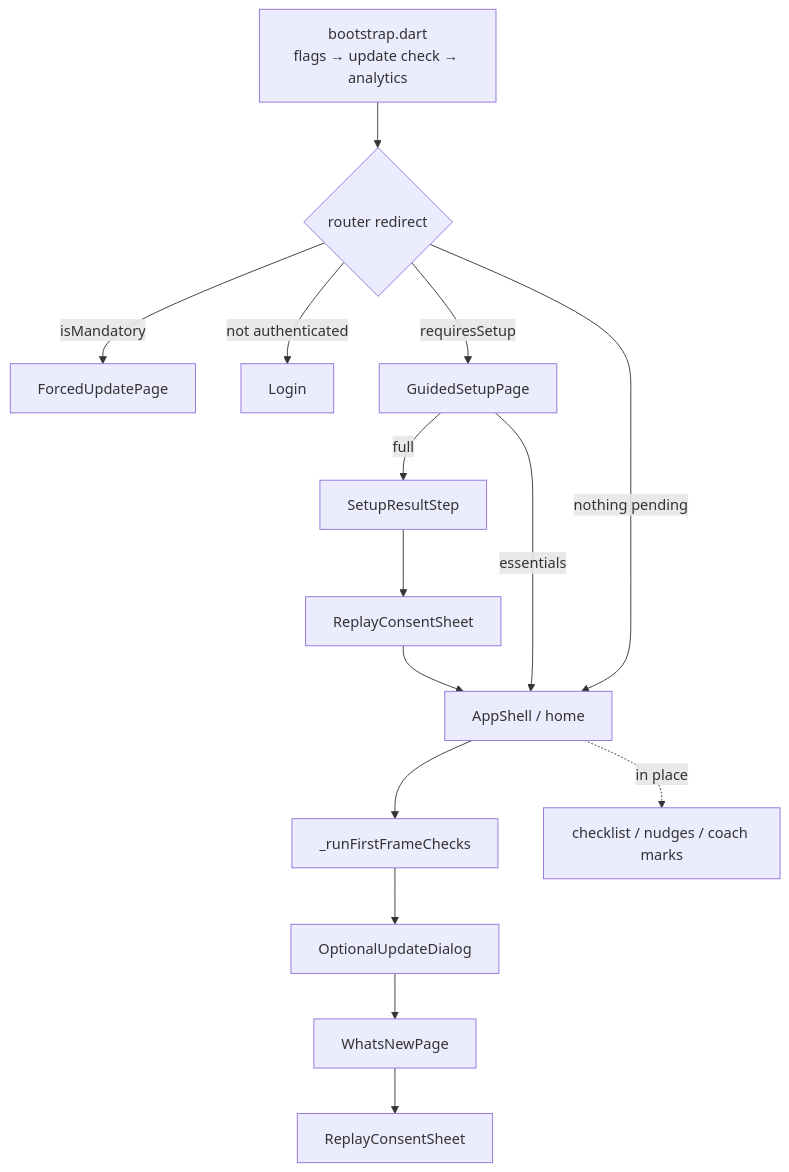
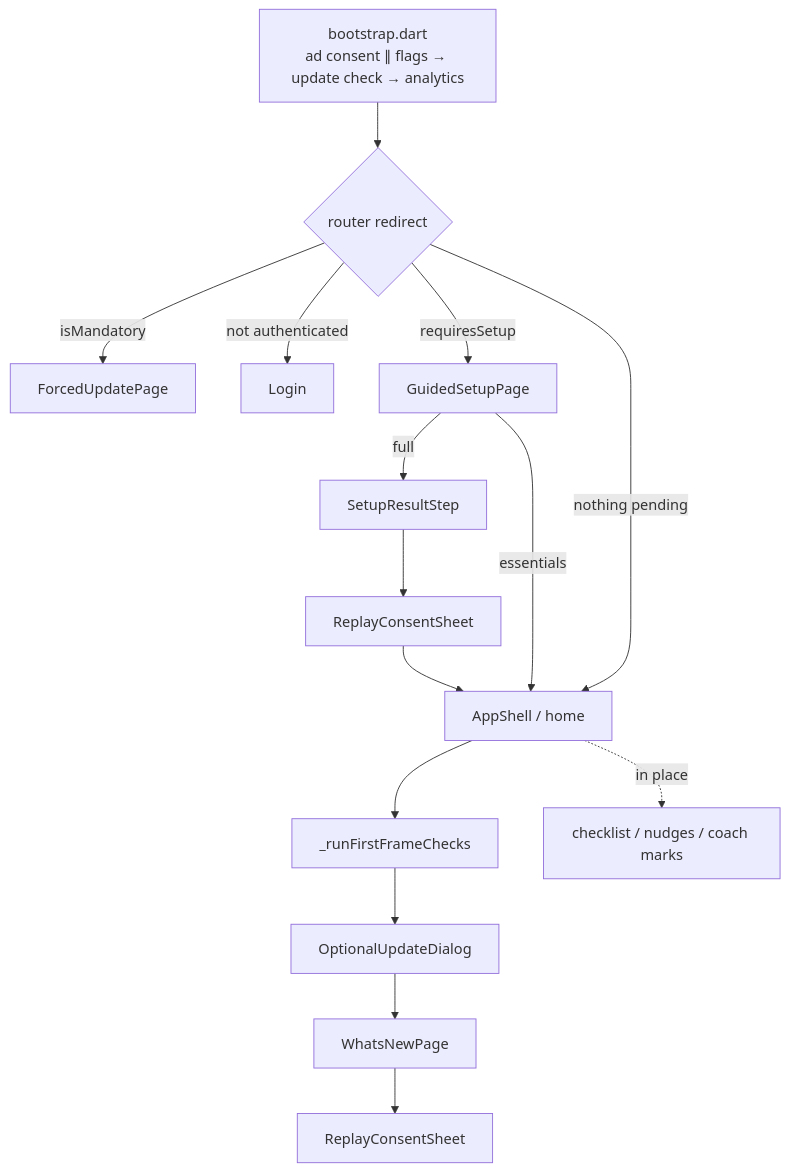
The diagram in packages/kazi/lib/core/INTERRUPTIONS.md (lucas-242/kazi), drawn with Mermaid before and after one commit. The commit also changed other lines of this file and 25 other files, not shown here.

````diff
--- a/packages/kazi/lib/core/INTERRUPTIONS.md
+++ b/packages/kazi/lib/core/INTERRUPTIONS.md
@@ -35,13 +37,13 @@
 ```mermaid
 flowchart TD
-    BOOT[bootstrap.dart<br/>flags → update check → analytics] --> SPLASH{router redirect}
+    BOOT[bootstrap.dart<br/>ad consent ∥ flags → update check → analytics] --> SPLASH{router redirect}
     SPLASH -->|isMandatory| FORCED[ForcedUpdatePage]
     SPLASH -->|not authenticated| LOGIN[Login]
     SPLASH -->|requiresSetup| SETUP[GuidedSetupPage]
     SETUP -->|full| RESULT[SetupResultStep] --> SHEET1[ReplayConsentSheet] --> HOME
     SETUP -->|essentials| HOME
     SPLASH -->|nothing pending| HOME[AppShell / home]
     HOME --> CHAIN[_runFirstFrameChecks]
     CHAIN --> D1[OptionalUpdateDialog] --> D2[WhatsNewPage] --> D3[ReplayConsentSheet]
     HOME -.in place.-> CARDS[checklist / nudges / coach marks]
 ```
````
